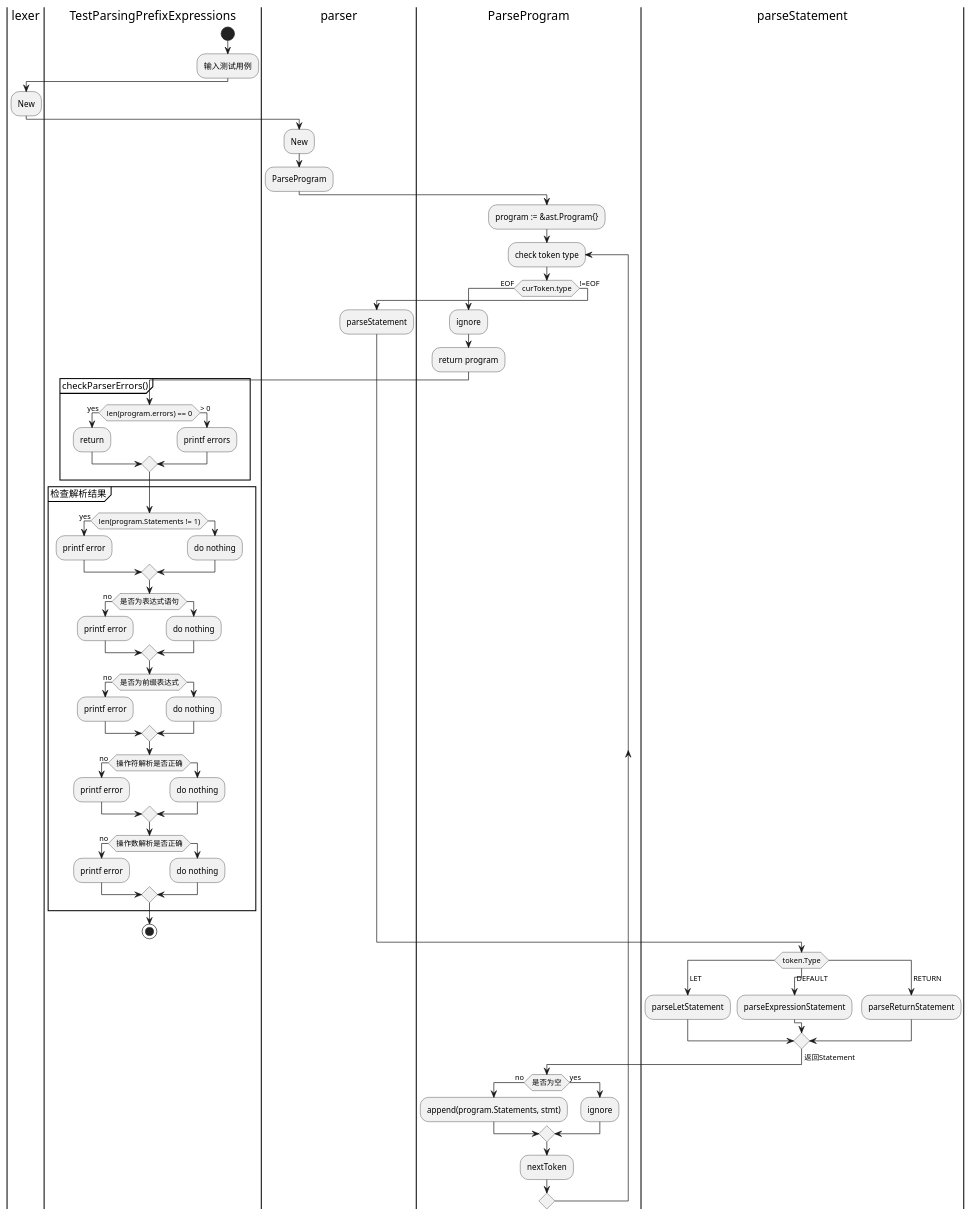
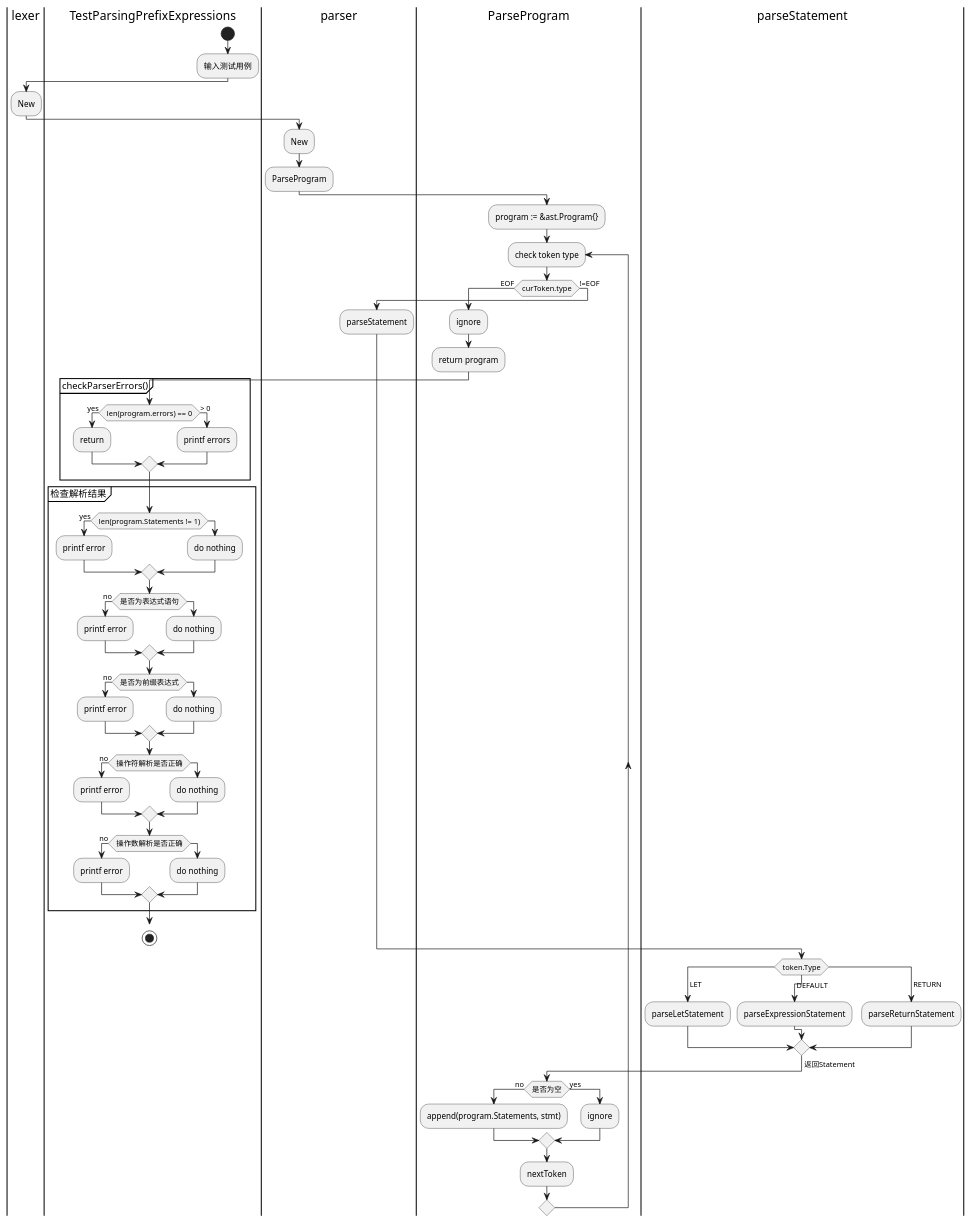
The diagram in plantuml/test.puml (jujubos/interpreter_in_go), drawn with PlantUML before and after one commit. The commit also changed 12 other files, not shown here.

```diff
--- a/plantuml/test.puml
+++ b/plantuml/test.puml
@@ -1,82 +1,86 @@
 @startuml
 |lexer|
 
 |TestParsingPrefixExpressions|
 start
 :输入测试用例;
+label data_available
 
 |lexer|
 :New;
 
 |parser|
 :New;
 :ParseProgram;
 
 |ParseProgram|
 :program := &ast.Program{};
+
 repeat :check token type;
 if (curToken.type) is (EOF) then
 :ignore;
+
 :return program;
 |TestParsingPrefixExpressions|
 group checkParserErrors()
   if (len(program.errors) == 0) then(yes)
   :return;
   else(> 0)
   :printf errors;
   endif
 end group
+
 group 检查解析结果
 if (len(program.Statements != 1)) then(yes)
 :printf error;
 else
 :do nothing;
 endif
 if (是否为表达式语句) then(no)
 :printf error;
 else
 :do nothing;
 endif
 if (是否为前缀表达式) then(no)
 :printf error;
 else
 :do nothing;
 endif
 if (操作符解析是否正确) then(no)
 :printf error;
 else 
 :do nothing;
 endif
 if (操作数解析是否正确) then(no)
 :printf error;
 else
 :do nothing;
 endif
 end group
-
+goto data_available
 stop
 else (!=EOF)
 |parser|
 :parseStatement;
 endif
 
 |parseStatement|
 switch (token.Type)
 case ( LET )
   :parseLetStatement;
 case ( DEFAULT )
   :parseExpressionStatement;
 case ( RETURN ) 
   :parseReturnStatement;
 endswitch
 
 |ParseProgram|
 -> 返回Statement;
 if (是否为空) then(no) 
 :append(program.Statements, stmt);
 else (yes)
 :ignore;
 endif
 :nextToken;
 repeat while()
 @enduml
```
